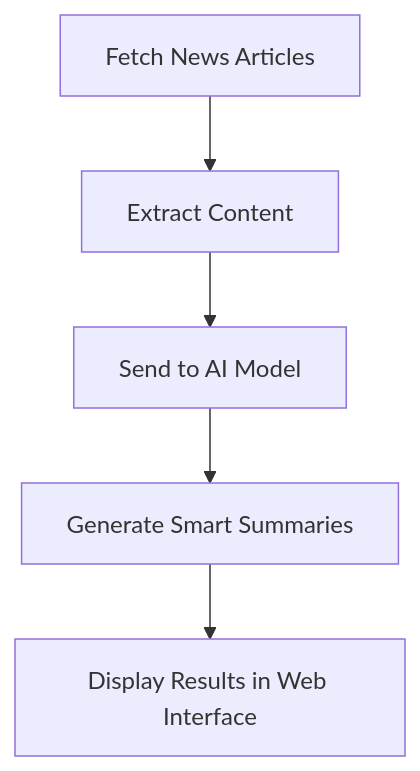
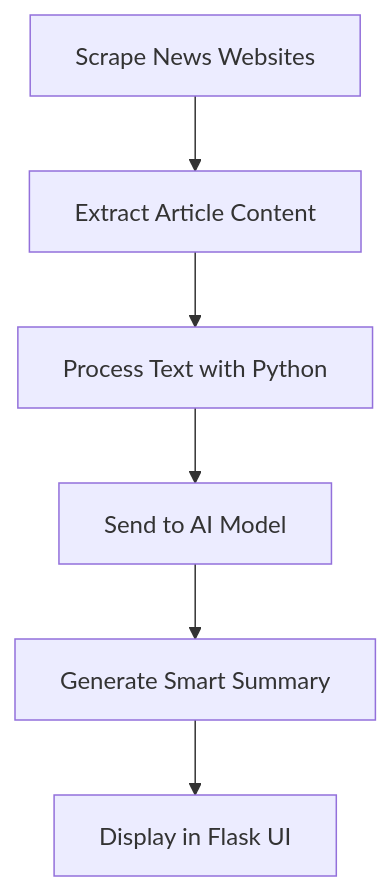
One commit to ahmadnazzal22/ai-news-agent changed the diagram in README.md. Above: the diagram before and after it, drawn with Mermaid. The commit also changed other lines of this file, not shown here.

````diff
--- a/README.md
+++ b/README.md
@@ -177,8 +243,9 @@
-```mermaid id="75f1rj"
+```mermaid id="zhp7c7"
 graph TD
 
-A[Fetch News Articles] --> B[Extract Content]
-B --> C[Send to AI Model]
-C --> D[Generate Smart Summaries]
-D --> E[Display Results in Web Interface]
+A[Scrape News Websites] --> B[Extract Article Content]
+B --> C[Process Text with Python]
+C --> D[Send to AI Model]
+D --> E[Generate Smart Summary]
+E --> F[Display in Flask UI]
 ```
````
